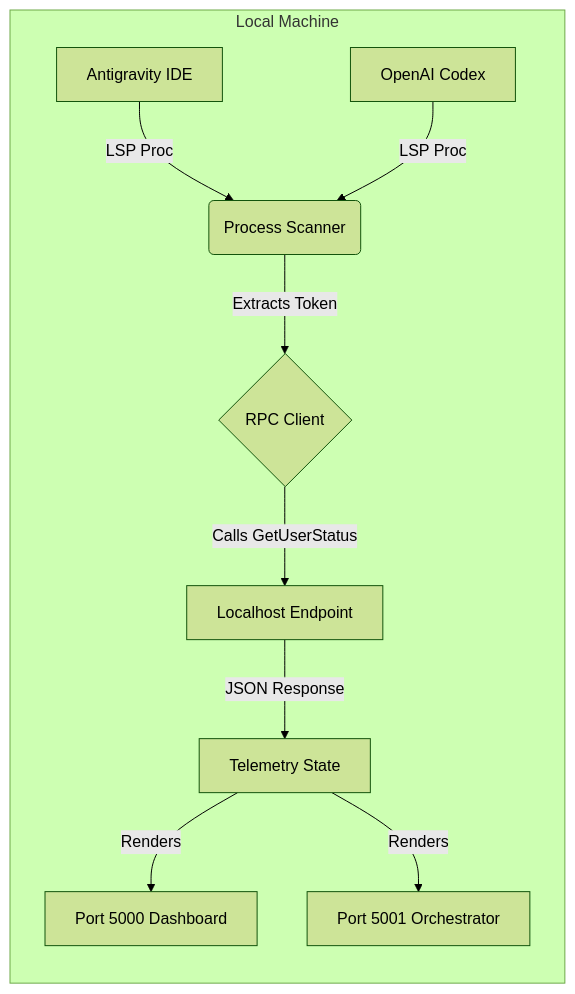
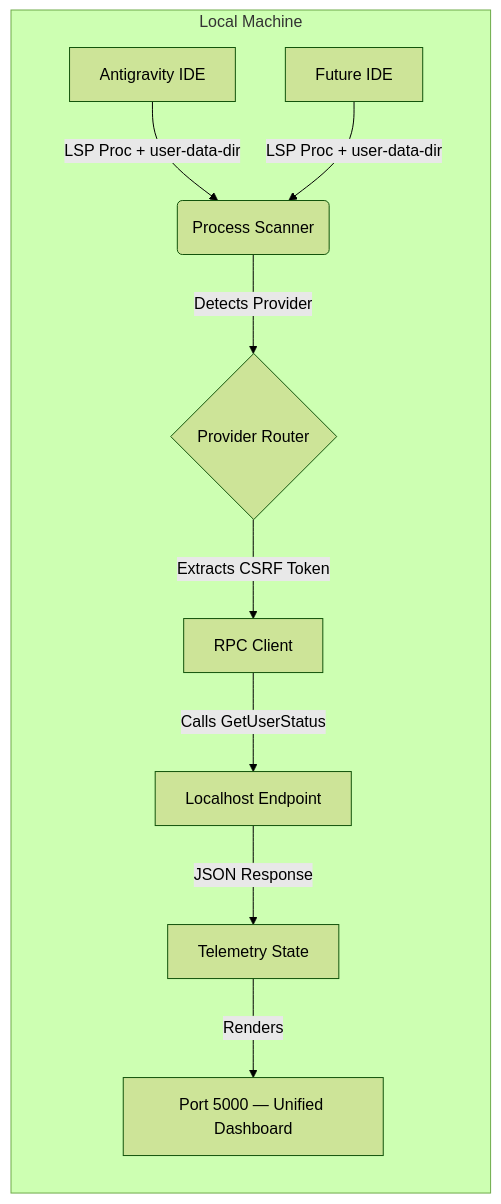
The diagram in README.md (WongYC19/ai-quota-tracker), drawn with Mermaid (forest theme) before and after one commit. The commit also changed other lines of this file and 8 other files, not shown here.

First line of the commit message:
feat: add Codex local log parsing with rich telemetry dashboard

````diff
--- a/README.md
+++ b/README.md
@@ -23,12 +24,12 @@
 ```mermaid
 flowchart LR
     subgraph Local Machine
-    A[Antigravity IDE] -->|LSP Proc| B(Process Scanner)
-    C[OpenAI Codex] -->|LSP Proc| B
-    B -->|Extracts Token| D{RPC Client}
-    D -->|Calls GetUserStatus| E[Localhost Endpoint]
-    E -->|JSON Response| F[Telemetry State]
-    F -->|Renders| G[Port 5000 Dashboard]
-    F -->|Renders| H[Port 5001 Orchestrator]
+    A[Antigravity IDE] -->|LSP Proc + user-data-dir| B(Process Scanner)
+    C[Future IDE] -->|LSP Proc + user-data-dir| B
+    B -->|Detects Provider| D{Provider Router}
+    D -->|Extracts CSRF Token| E[RPC Client]
+    E -->|Calls GetUserStatus| F[Localhost Endpoint]
+    F -->|JSON Response| G[Telemetry State]
+    G -->|Renders| H[Port 5000 — Unified Dashboard]
     end
 ```
````
